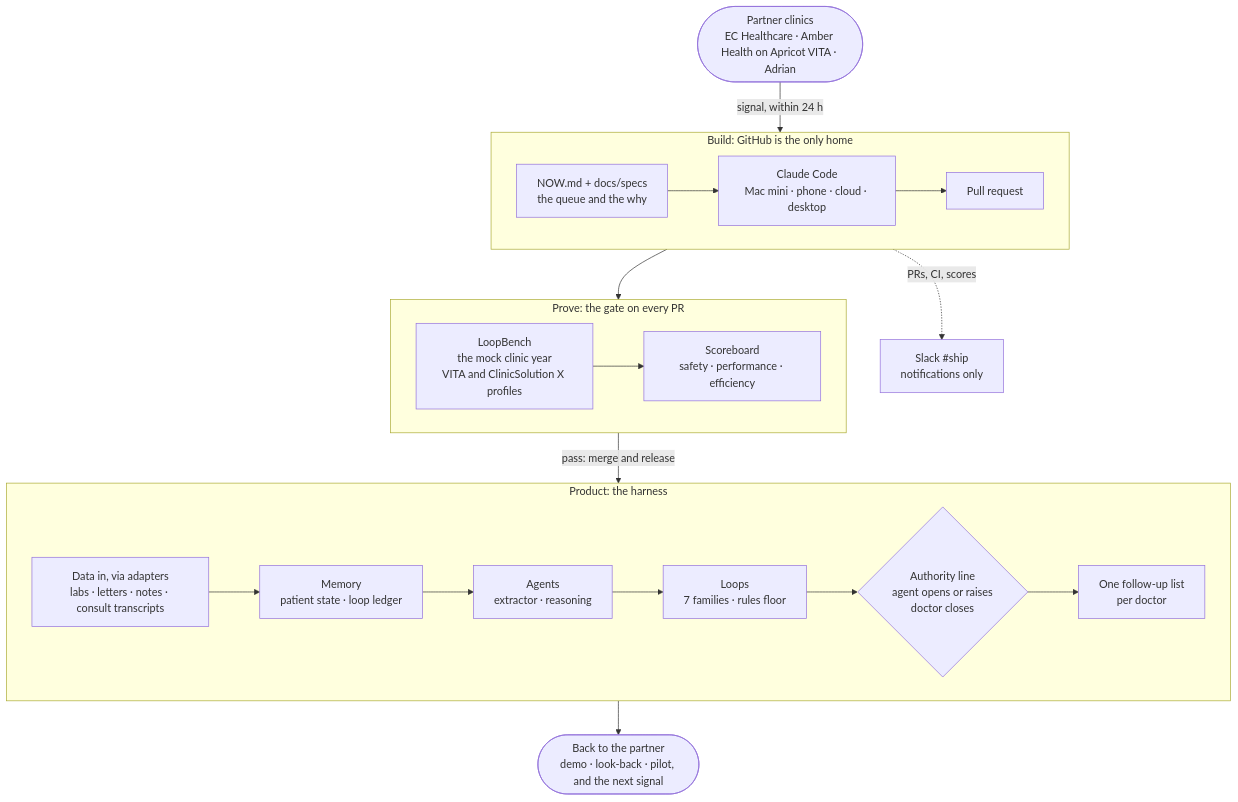
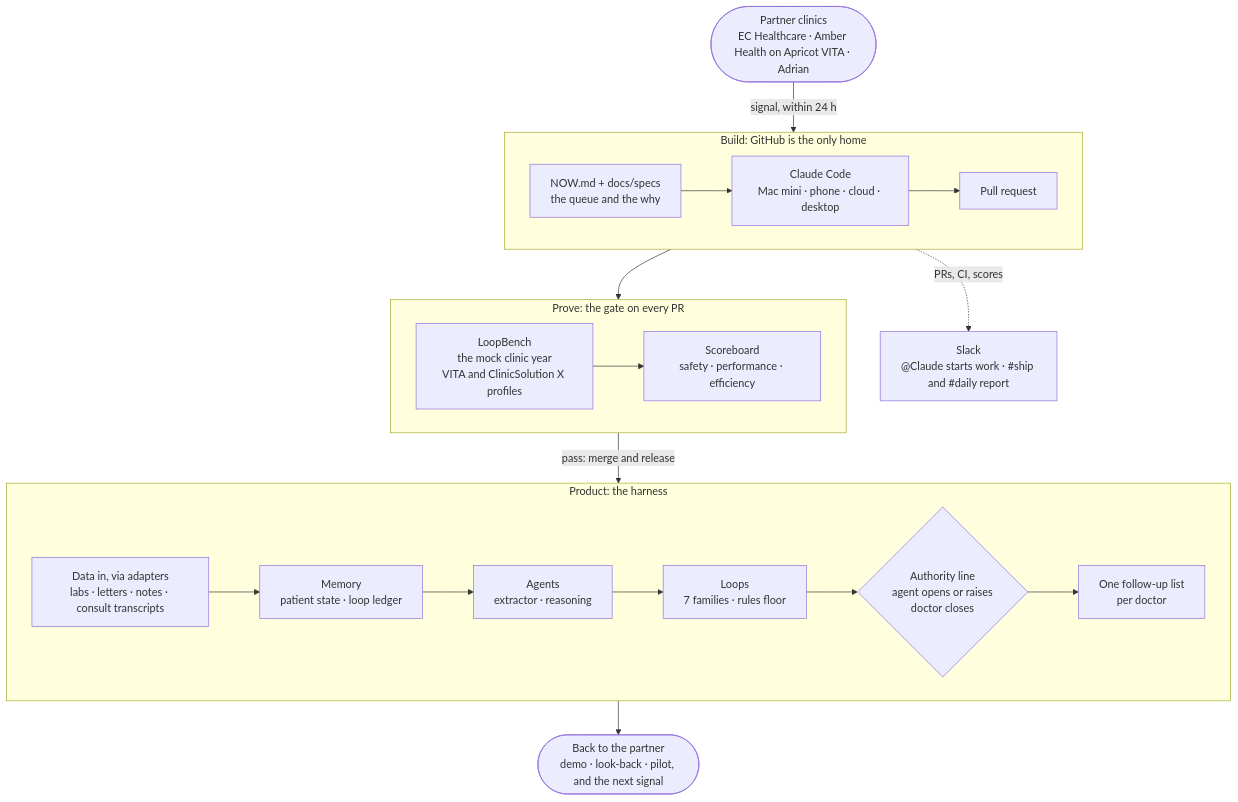
The diagram in docs/OPERATING_SYSTEM.md (flytonewyork/harness), drawn with Mermaid before and after one commit. The commit also changed other lines of this file and 2 other files, not shown here.

First line of the commit message:
Slack: a light Claude-org setup

````diff
--- a/docs/OPERATING_SYSTEM.md
+++ b/docs/OPERATING_SYSTEM.md
@@ -20,27 +20,27 @@
 ```mermaid
 flowchart TB
     P(["Partner clinics<br/>EC Healthcare · Amber Health on Apricot VITA · Adrian"])
 
     subgraph BUILD ["Build: GitHub is the only home"]
         direction LR
         Q["NOW.md + docs/specs<br/>the queue and the why"] --> CC["Claude Code<br/>Mac mini · phone · cloud · desktop"] --> PR["Pull request"]
     end
 
     subgraph PROVE ["Prove: the gate on every PR"]
         direction LR
         LB["LoopBench<br/>the mock clinic year<br/>VITA and ClinicSolution X profiles"] --> SB["Scoreboard<br/>safety · performance · efficiency"]
     end
 
     subgraph PRODUCT ["Product: the harness"]
         direction LR
         D["Data in, via adapters<br/>labs · letters · notes · consult transcripts"] --> M["Memory<br/>patient state · loop ledger"] --> AG["Agents<br/>extractor · reasoning"] --> L["Loops<br/>7 families · rules floor"] --> AU{"Authority line<br/>agent opens or raises<br/>doctor closes"} --> UI["One follow-up list<br/>per doctor"]
     end
 
     P2(["Back to the partner<br/>demo · look-back · pilot, and the next signal"])
 
     P -- "signal, within 24 h" --> Q
     PR --> LB
     SB -- "pass: merge and release" --> D
     UI --> P2
-    PR -. "PRs, CI, scores" .-> SL["Slack #ship<br/>notifications only"]
+    PR -. "PRs, CI, scores" .-> SL["Slack<br/>@Claude starts work · #ship and #daily report"]
 ```
````
